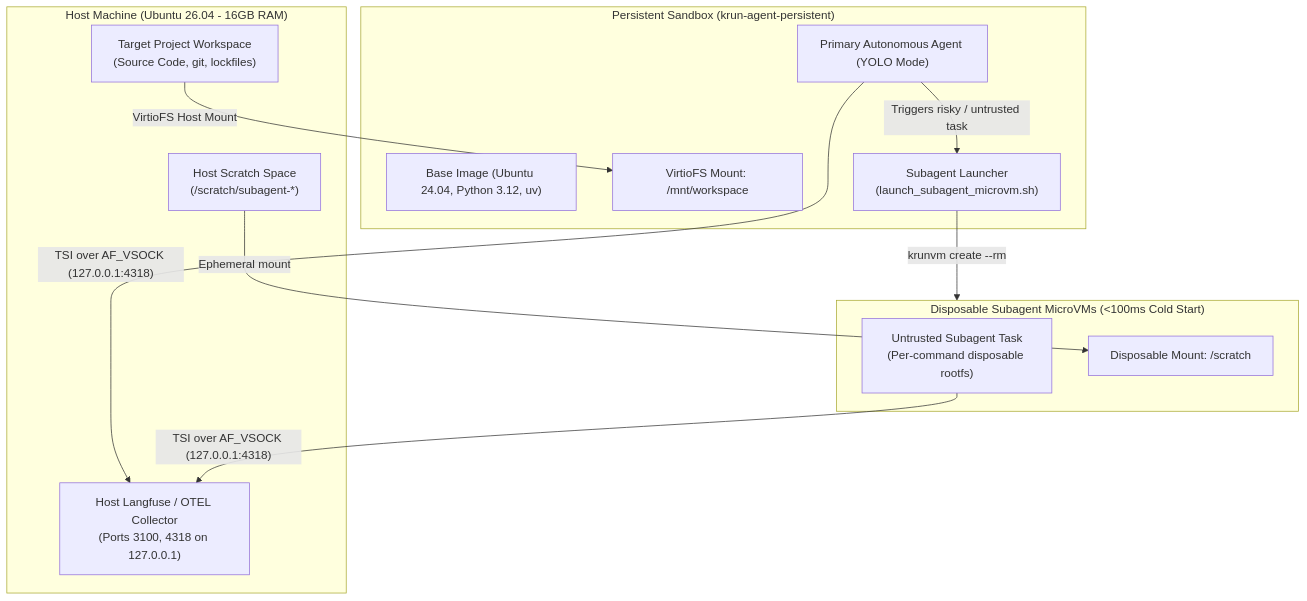
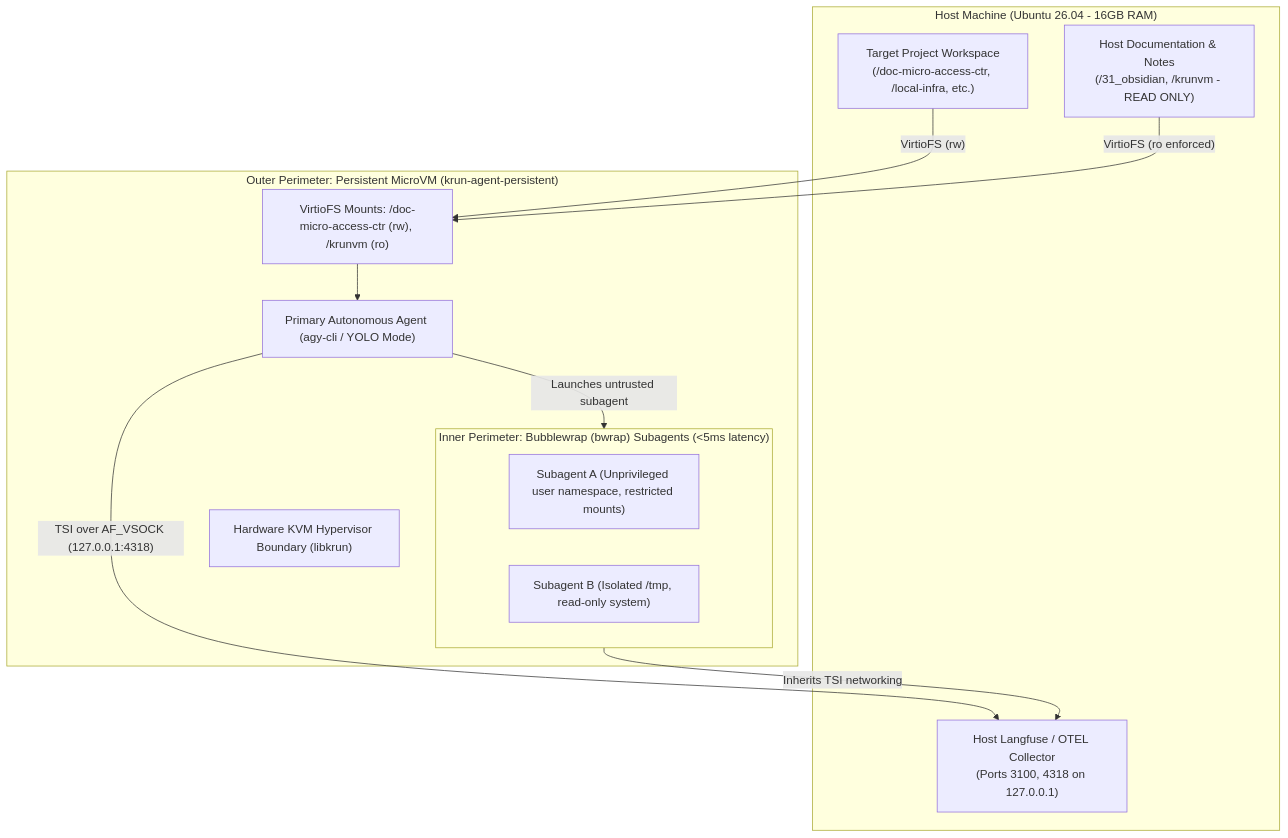
The diagram in README.md (VincentChong123/krunvm), drawn with Mermaid before and after one commit. The commit also changed other lines of this file and 3 other files, not shown here.

Commit message:
refactor(subagent): standardize on single persistent VM with in-VM bubblewrap subagents

````diff
--- a/README.md
+++ b/README.md
@@ -18,27 +19,26 @@
 ```mermaid
 flowchart TD
     subgraph Host["Host Machine (Ubuntu 26.04 - 16GB RAM)"]
-        H_Proj["Target Project Workspace\n(Source Code, git, lockfiles)"]
+        H_Proj["Target Project Workspace\n(/doc-micro-access-ctr, /local-infra, etc.)"]
         H_LF["Host Langfuse / OTEL Collector\n(Ports 3100, 4318 on 127.0.0.1)"]
-        H_Scratch["Host Scratch Space\n(/scratch/subagent-*)"]
+        H_Notes["Host Documentation & Notes\n(/31_obsidian, /krunvm - READ ONLY)"]
     end
 
-    subgraph PersistentVM["Persistent Sandbox (krun-agent-persistent)"]
-        P_Init["Base Image (Ubuntu 24.04, Python 3.12, uv)"]
-        P_Mount["VirtioFS Mount: /mnt/workspace"]
-        P_Agent["Primary Autonomous Agent (YOLO Mode)"]
-        P_Launcher["Subagent Launcher\n(launch_subagent_microvm.sh)"]
+    subgraph PersistentVM["Outer Perimeter: Persistent MicroVM (krun-agent-persistent)"]
+        P_Hyper["Hardware KVM Hypervisor Boundary (libkrun)"]
+        P_Mounts["VirtioFS Mounts: /doc-micro-access-ctr (rw), /krunvm (ro)"]
+        P_Agent["Primary Autonomous Agent (agy-cli / YOLO Mode)"]
+        
+        subgraph InnerSandbox["Inner Perimeter: Bubblewrap (bwrap) Subagents (<5ms latency)"]
+            B_Sub1["Subagent A (Unprivileged user namespace, restricted mounts)"]
+            B_Sub2["Subagent B (Isolated /tmp, read-only system)"]
+        end
     end
 
-    subgraph EphemeralVM["Disposable Subagent MicroVMs (<100ms Cold Start)"]
-        E_Sub["Untrusted Subagent Task\n(Per-command disposable rootfs)"]
-        E_Mount["Disposable Mount: /scratch"]
-    end
-
-    H_Proj -- "VirtioFS Host Mount" --> P_Mount
-    P_Agent -- "Triggers risky / untrusted task" --> P_Launcher
-    P_Launcher -- "krunvm create --rm" --> EphemeralVM
-    H_Scratch -- "Ephemeral mount" --> E_Mount
+    H_Proj -- "VirtioFS (rw)" --> P_Mounts
+    H_Notes -- "VirtioFS (ro enforced)" --> P_Mounts
+    P_Mounts --> P_Agent
+    P_Agent -- "Launches untrusted subagent" --> InnerSandbox
     P_Agent -- "TSI over AF_VSOCK (127.0.0.1:4318)" --> H_LF
-    E_Sub -- "TSI over AF_VSOCK (127.0.0.1:4318)" --> H_LF
+    InnerSandbox -- "Inherits TSI networking" --> H_LF
 ```
````
